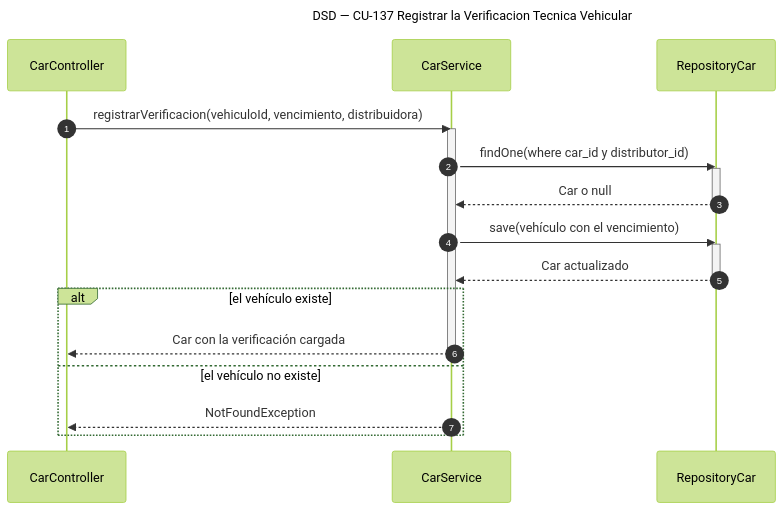
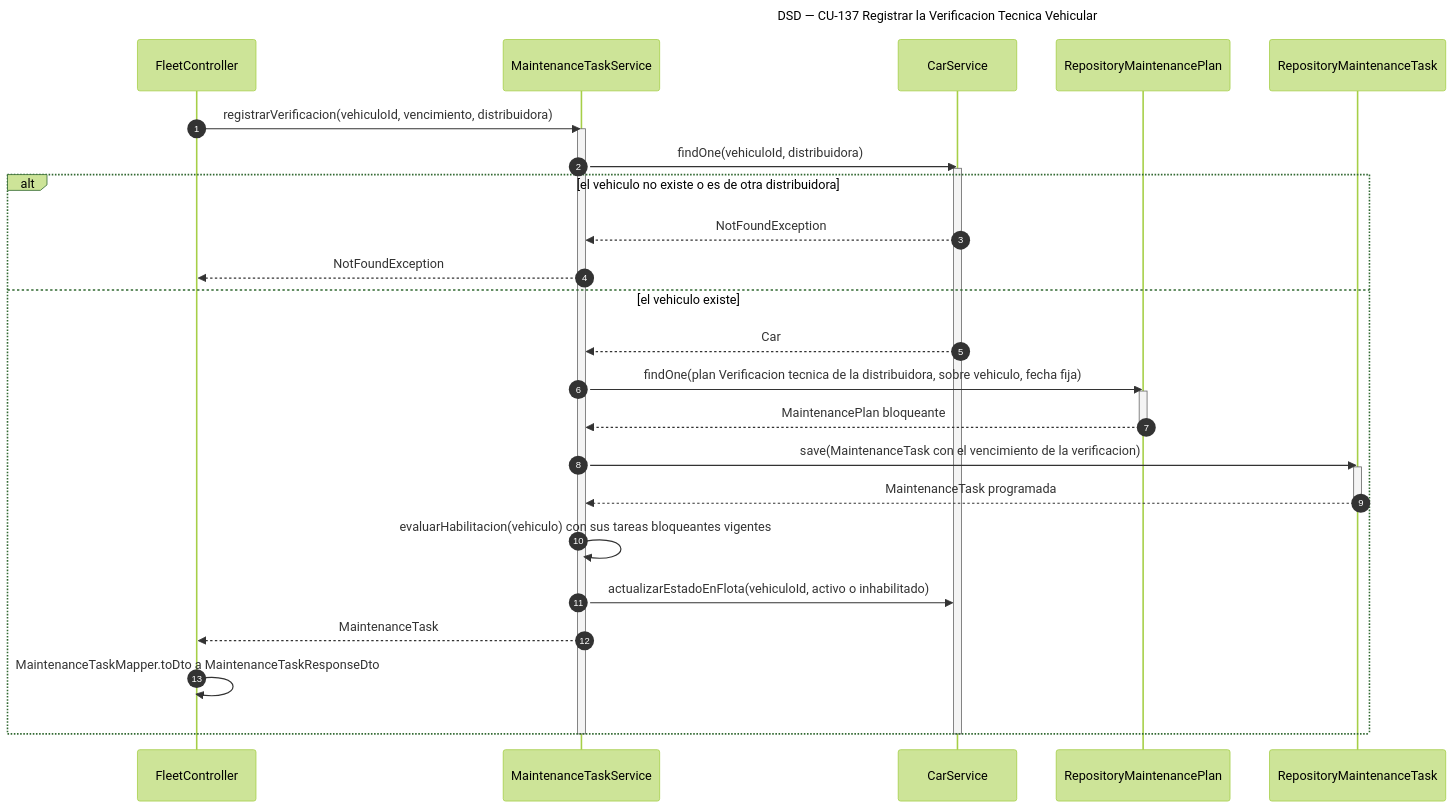
Before and after one commit to Nahuelito-Dev/splg-docs: the diagram in diagramas/DSD_CU-137_Registrar-la-Verificacion-Tecnica-Vehicular.mmd, drawn with Mermaid (forest theme). The commit also changed 19 other files, not shown here.

First line of the commit message:
docs(flota): los DSD de CU-136 a CU-142 y el diagrama de clases con el modelo nuevo

```diff
--- a/diagramas/DSD_CU-137_Registrar-la-Verificacion-Tecnica-Vehicular.mmd
+++ b/diagramas/DSD_CU-137_Registrar-la-Verificacion-Tecnica-Vehicular.mmd
@@ -1,23 +1,33 @@
 sequenceDiagram
     title DSD — CU-137 Registrar la Verificacion Tecnica Vehicular
     autonumber
-    participant CTRL as CarController
-    participant SRV as CarService
-    participant VREP as RepositoryCar
+    participant CTRL as FleetController
+    participant SRV as MaintenanceTaskService
+    participant CARS as CarService
+    participant PREP as RepositoryMaintenancePlan
+    participant TREP as RepositoryMaintenanceTask
 
     CTRL->>SRV: registrarVerificacion(vehiculoId, vencimiento, distribuidora)
     activate SRV
-    SRV->>VREP: findOne(where car_id y distributor_id)
-    activate VREP
-    VREP-->>SRV: Car o null
-    deactivate VREP
-    SRV->>VREP: save(vehículo con el vencimiento)
-    activate VREP
-    VREP-->>SRV: Car actualizado
-    deactivate VREP
-    alt el vehículo existe
-        SRV-->>CTRL: Car con la verificación cargada
-        deactivate SRV
-    else el vehículo no existe
+    SRV->>CARS: findOne(vehiculoId, distribuidora)
+    activate CARS
+    alt el vehiculo no existe o es de otra distribuidora
+        CARS-->>SRV: NotFoundException
         SRV-->>CTRL: NotFoundException
+    else el vehiculo existe
+        CARS-->>SRV: Car
+        SRV->>PREP: findOne(plan Verificacion tecnica de la distribuidora, sobre vehiculo, fecha fija)
+        activate PREP
+        PREP-->>SRV: MaintenancePlan bloqueante
+        deactivate PREP
+        SRV->>TREP: save(MaintenanceTask con el vencimiento de la verificacion)
+        activate TREP
+        TREP-->>SRV: MaintenanceTask programada
+        deactivate TREP
+        SRV->>SRV: evaluarHabilitacion(vehiculo) con sus tareas bloqueantes vigentes
+        SRV->>CARS: actualizarEstadoEnFlota(vehiculoId, activo o inhabilitado)
+        SRV-->>CTRL: MaintenanceTask
+        CTRL->>CTRL: MaintenanceTaskMapper.toDto a MaintenanceTaskResponseDto
     end
+    deactivate CARS
+    deactivate SRV
```
